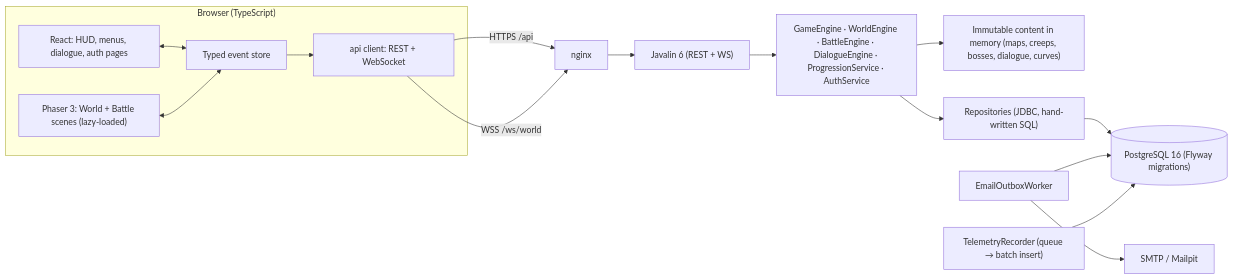
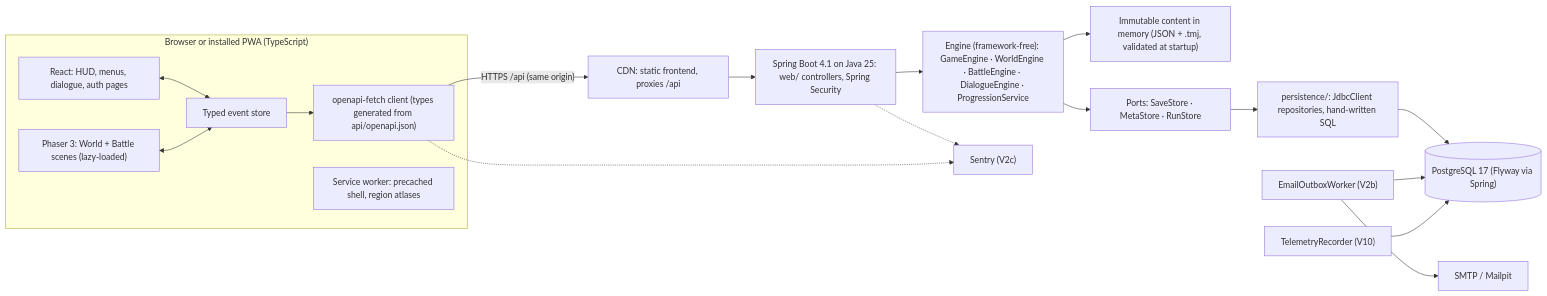
The diagram in docs/V2_SPEC.md (Shiven23-coder/shardbound), drawn with Mermaid before and after one commit. The commit also changed other lines of this file and 239 other files, not shown here.

````diff
--- a/docs/V2_SPEC.md
+++ b/docs/V2_SPEC.md
@@ -27,18 +29,21 @@
 ```mermaid
 flowchart LR
-    subgraph Browser["Browser (TypeScript)"]
+    subgraph Browser["Browser or installed PWA (TypeScript)"]
         R["React: HUD, menus, dialogue, auth pages"] <--> S["Typed event store"]
         P["Phaser 3: World + Battle scenes (lazy-loaded)"] <--> S
-        S --> C["api client: REST + WebSocket"]
+        S --> C["openapi-fetch client (types generated from api/openapi.json)"]
+        SW["Service worker: precached shell, region atlases"]
     end
-    C -- "HTTPS /api" --> N["nginx"]
-    C -- "WSS /ws/world" --> N
-    N --> J["Javalin 6 (REST + WS)"]
-    J --> E["GameEngine · WorldEngine · BattleEngine · DialogueEngine · ProgressionService · AuthService"]
-    E --> M["Immutable content in memory (maps, creeps, bosses, dialogue, curves)"]
-    E --> RP["Repositories (JDBC, hand-written SQL)"]
-    RP --> DB[("PostgreSQL 16 (Flyway migrations)")]
-    W1["EmailOutboxWorker"] --> DB
+    C -- "HTTPS /api (same origin)" --> CDN["CDN: static frontend, proxies /api"]
+    CDN --> J["Spring Boot 4.1 on Java 25: web/ controllers, Spring Security"]
+    J --> E["Engine (framework-free): GameEngine · WorldEngine · BattleEngine · DialogueEngine · ProgressionService"]
+    E --> M["Immutable content in memory (JSON + .tmj, validated at startup)"]
+    E --> PT["Ports: SaveStore · MetaStore · RunStore"]
+    PT --> RP["persistence/: JdbcClient repositories, hand-written SQL"]
+    RP --> DB[("PostgreSQL 17 (Flyway via Spring)")]
+    W1["EmailOutboxWorker (V2b)"] --> DB
     W1 --> MAIL["SMTP / Mailpit"]
-    W2["TelemetryRecorder (queue → batch insert)"] --> DB
+    W2["TelemetryRecorder (V10)"] --> DB
+    J -.-> SEN["Sentry (V2c)"]
+    C -.-> SEN
 ```
````
